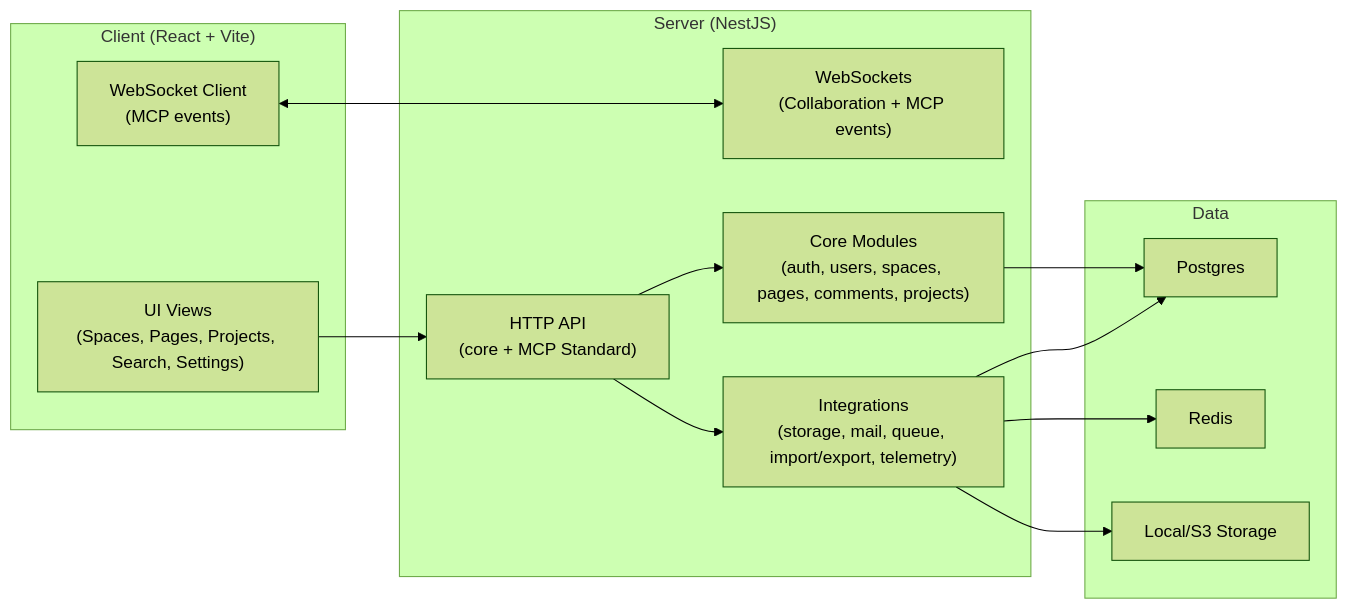
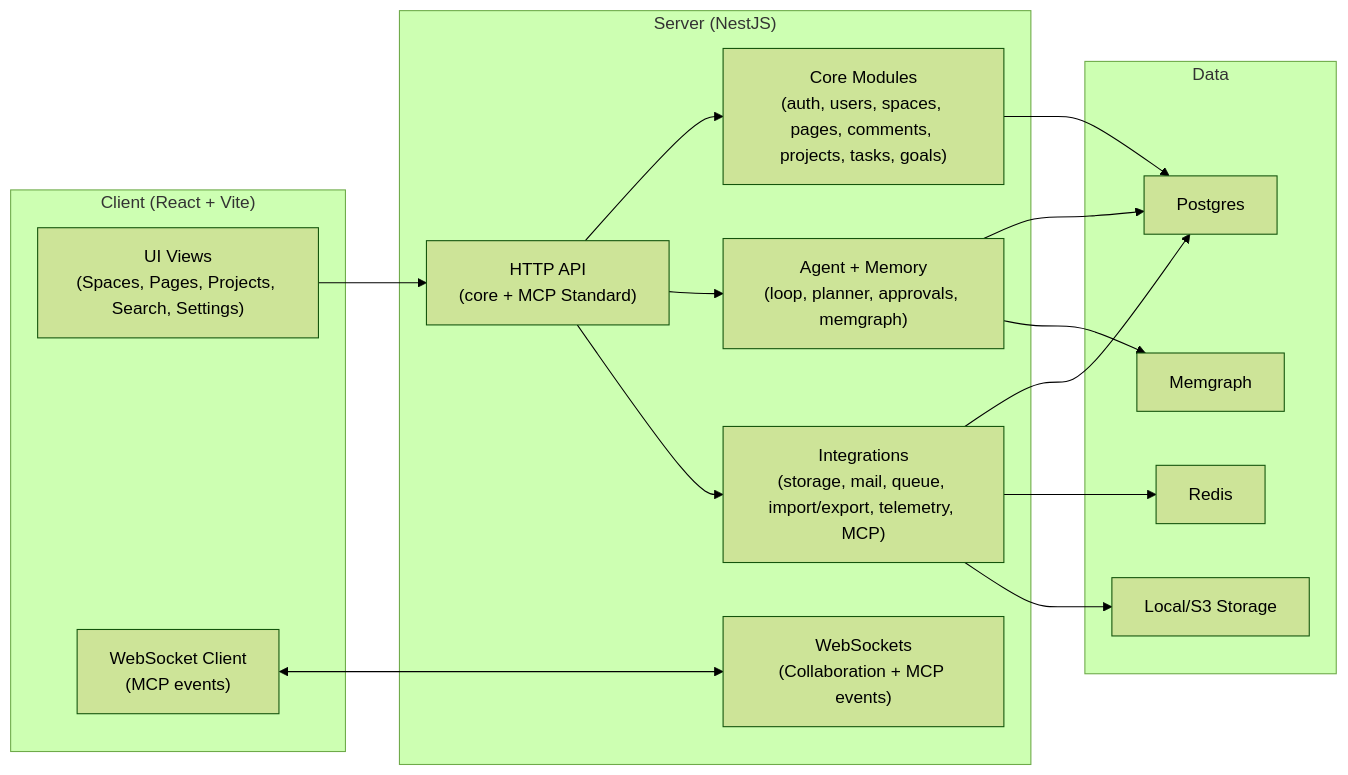
The first of 2 diagrams in docs/ArchitectureOverview.md (HaruHunab1320/docmost-mcp), drawn with Mermaid (forest theme) before and after one commit. The commit also changed other lines of this file and 46 other files, not shown here.

````diff
--- a/docs/ArchitectureOverview.md
+++ b/docs/ArchitectureOverview.md
@@ -15,29 +15,34 @@
 ```mermaid
 flowchart LR
   subgraph Client["Client (React + Vite)"]
     UI["UI Views\n(Spaces, Pages, Projects, Search, Settings)"]
     WS["WebSocket Client\n(MCP events)"]
   end
 
   subgraph Server["Server (NestJS)"]
     API["HTTP API\n(core + MCP Standard)"]
     RT["WebSockets\n(Collaboration + MCP events)"]
-    CORE["Core Modules\n(auth, users, spaces, pages, comments, projects)"]
-    INTEG["Integrations\n(storage, mail, queue, import/export, telemetry)"]
+    CORE["Core Modules\n(auth, users, spaces, pages, comments, projects, tasks, goals)"]
+    AGENT["Agent + Memory\n(loop, planner, approvals, memgraph)"]
+    INTEG["Integrations\n(storage, mail, queue, import/export, telemetry, MCP)"]
   end
 
   subgraph Data["Data"]
     DB["Postgres"]
     REDIS["Redis"]
+    MEM["Memgraph"]
     FS["Local/S3 Storage"]
   end
 
   UI --> API
   WS <---> RT
   API --> CORE
+  API --> AGENT
   API --> INTEG
   CORE --> DB
   INTEG --> DB
   INTEG --> REDIS
+  AGENT --> DB
+  AGENT --> MEM
   INTEG --> FS
 ```
````
